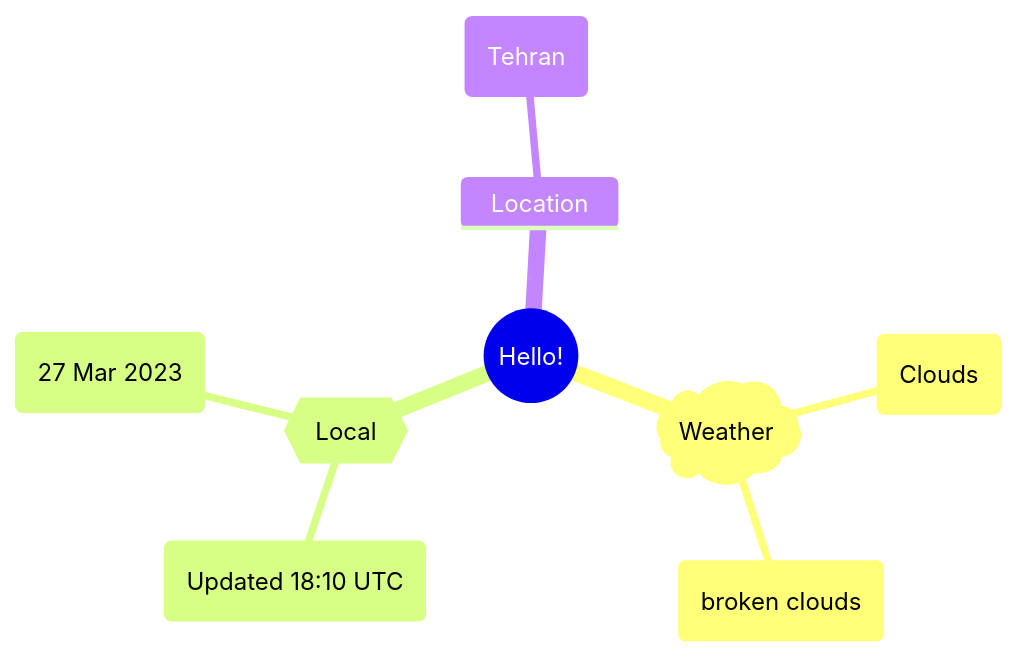
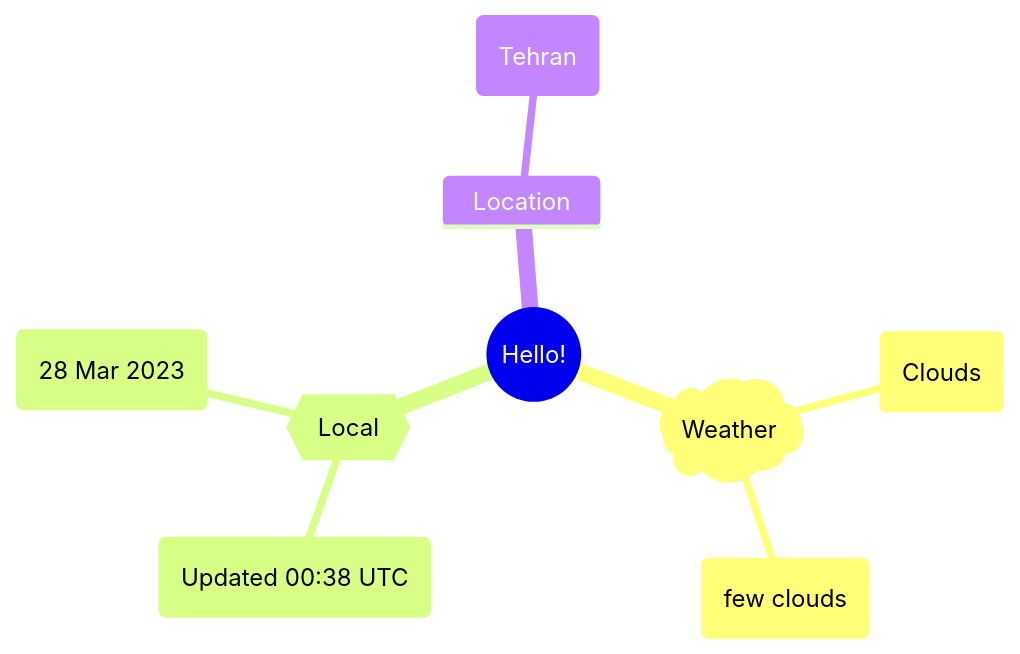
Before and after one commit to Xosrov/Xosrov: the first of 2 diagrams in README.md, drawn with Mermaid.

Commit message:
[bot] updated images

````diff
--- a/README.md
+++ b/README.md
@@ -3,12 +3,12 @@
 ```mermaid
 mindmap
   root((Hello!))
     )Weather(
         (Clouds)
-        (broken clouds)
+        (few clouds)
     {{Local}}
-        (Updated 18:10 UTC)
-        (27 Mar 2023)
+        (Updated 00:38 UTC)
+        (28 Mar 2023)
     Location
         (Tehran)
 ```
````
